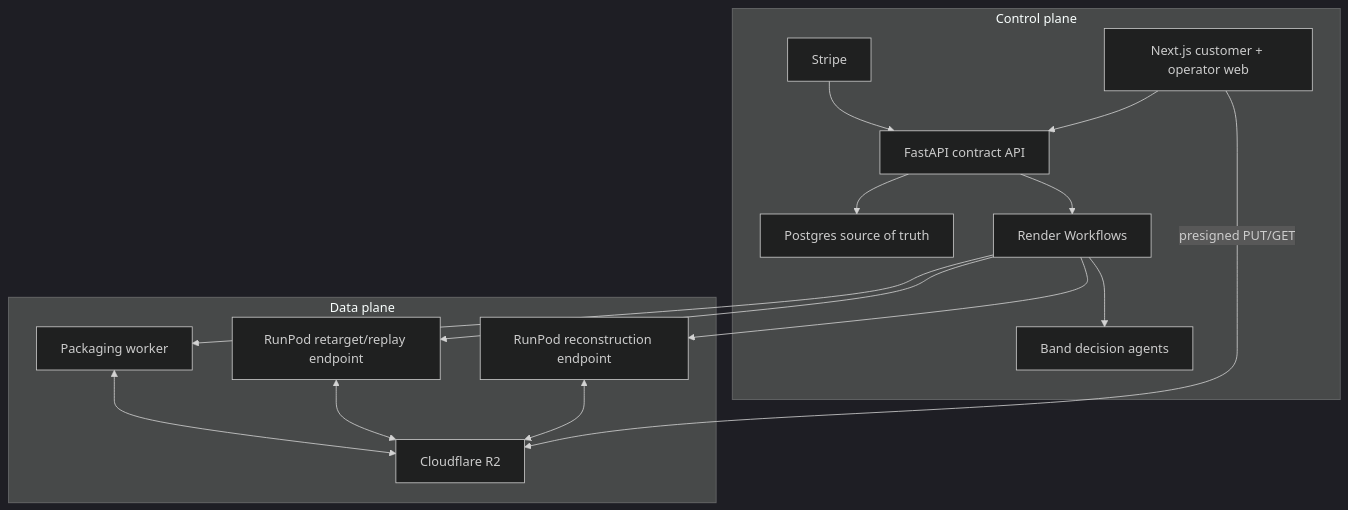
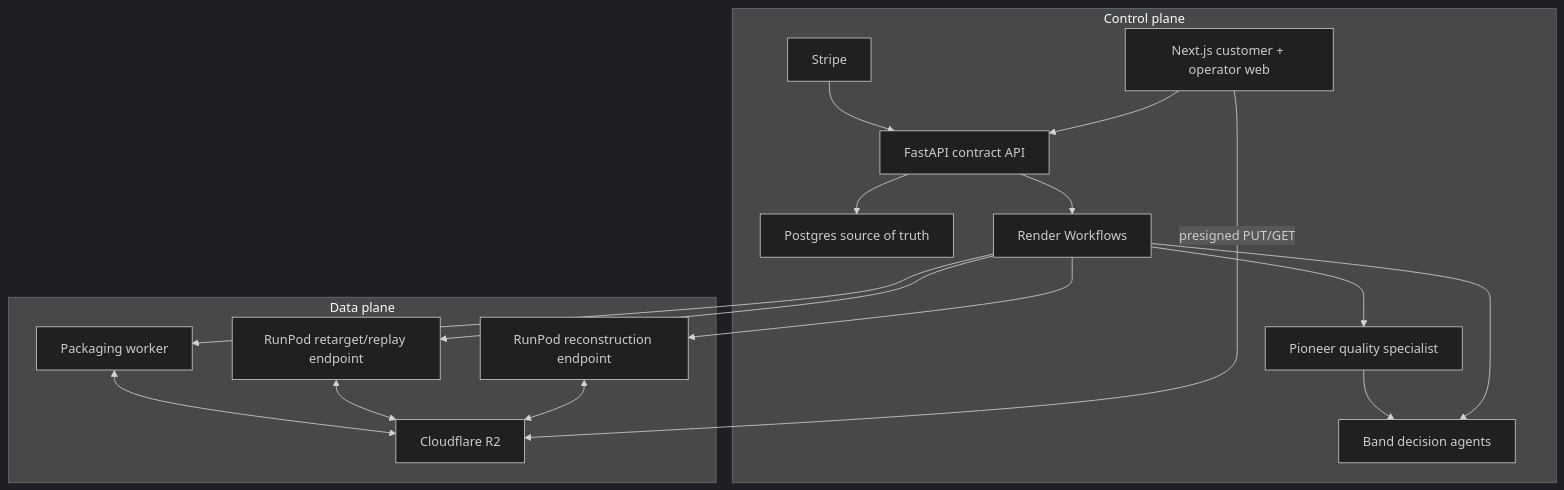
The second of 3 diagrams in HANDOFF_PRODUCT_AND_ARCHITECTURE.md (joonghui0926/FORGE), drawn with Mermaid (dark theme) before and after one commit. The commit also changed other lines of this file and 1 other file, not shown here.

Commit message:
docs: make Pioneer a core quality layer

````diff
--- a/HANDOFF_PRODUCT_AND_ARCHITECTURE.md
+++ b/HANDOFF_PRODUCT_AND_ARCHITECTURE.md
@@ -180,29 +182,32 @@
 ```mermaid
 flowchart TB
     subgraph Control["Control plane"]
         WEB["Next.js customer + operator web"]
         API["FastAPI contract API"]
         DB["Postgres source of truth"]
         WF["Render Workflows"]
         BAND["Band decision agents"]
+        PIONEER["Pioneer quality specialist"]
         PAY["Stripe"]
     end
     subgraph Data["Data plane"]
         R2["Cloudflare R2"]
         GPU1["RunPod reconstruction endpoint"]
         GPU2["RunPod retarget/replay endpoint"]
         PACK["Packaging worker"]
     end
     WEB --> API
     API --> DB
     PAY --> API
     API --> WF
     WF --> BAND
+    WF --> PIONEER
+    PIONEER --> BAND
     WF --> GPU1
     WF --> GPU2
     WEB -- "presigned PUT/GET" --> R2
     GPU1 <--> R2
     GPU2 <--> R2
     PACK <--> R2
     WF --> PACK
 ```
````
